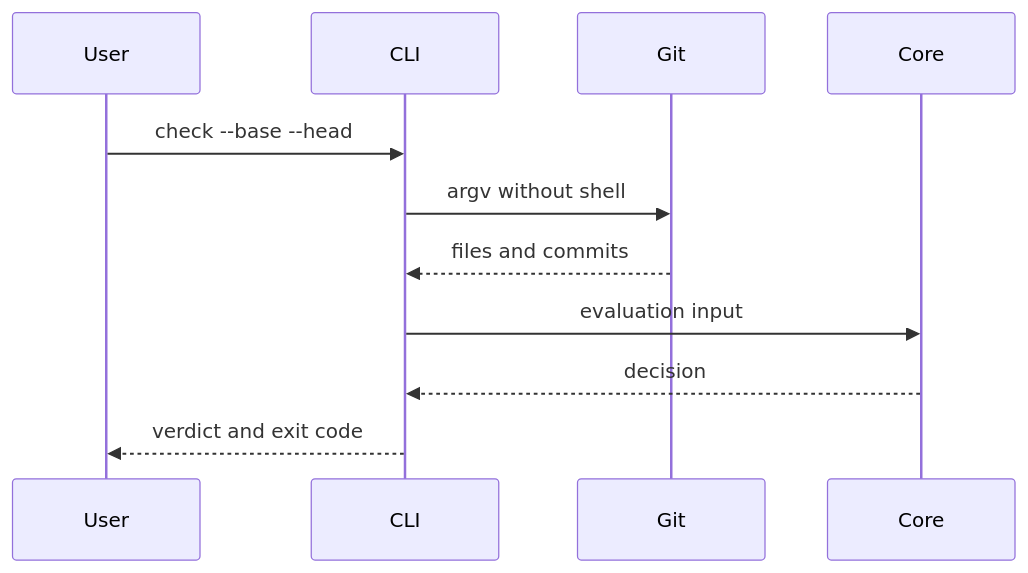
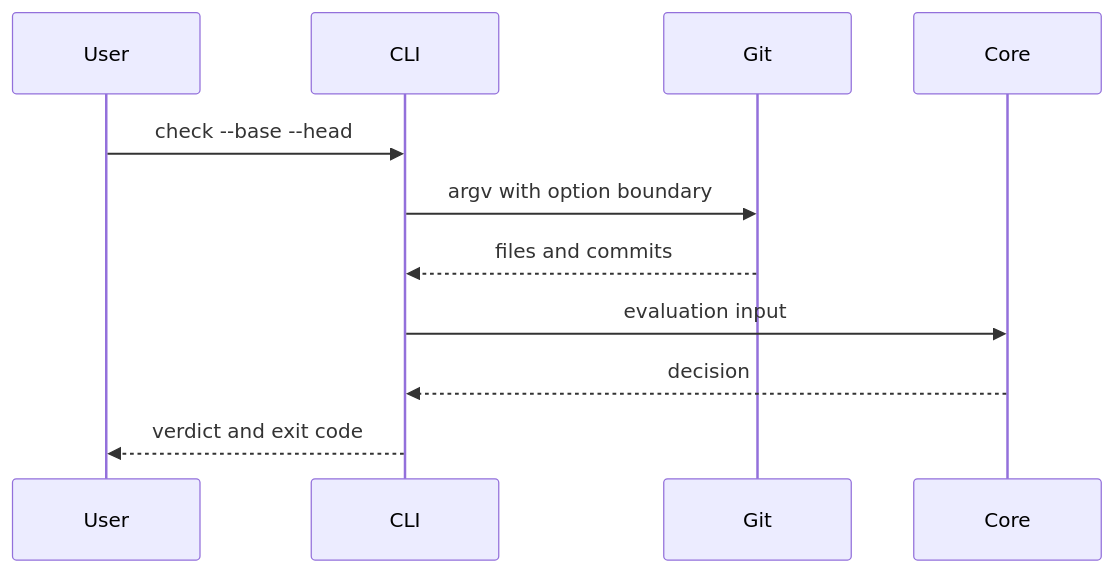
Before and after one commit to streamentry/AGENTOWNERS: the second of 3 diagrams in packages/cli/AGENTS.md, drawn with Mermaid. The commit also changed other lines of this file and 28 other files, not shown here.

````diff
--- a/packages/cli/AGENTS.md
+++ b/packages/cli/AGENTS.md
@@ -29,13 +31,13 @@
 ```mermaid
 sequenceDiagram
   participant User
   participant CLI
   participant Git
   participant Core
   User->>CLI: check --base --head
-  CLI->>Git: argv without shell
+  CLI->>Git: argv with option boundary
   Git-->>CLI: files and commits
   CLI->>Core: evaluation input
   Core-->>CLI: decision
   CLI-->>User: verdict and exit code
 ```
````
